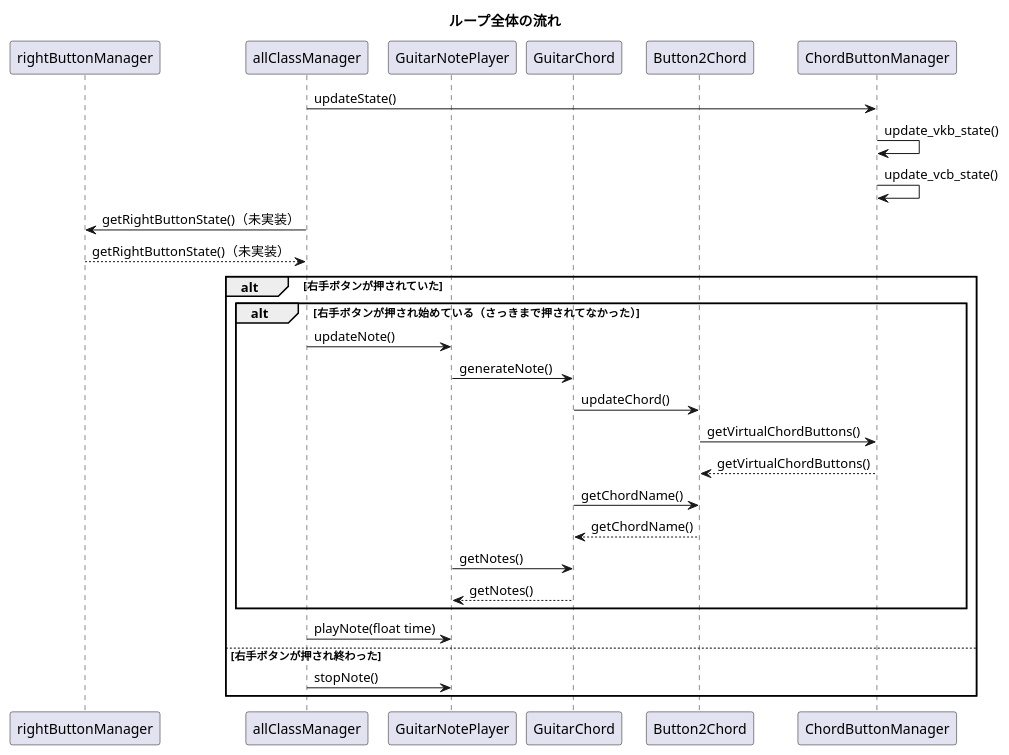
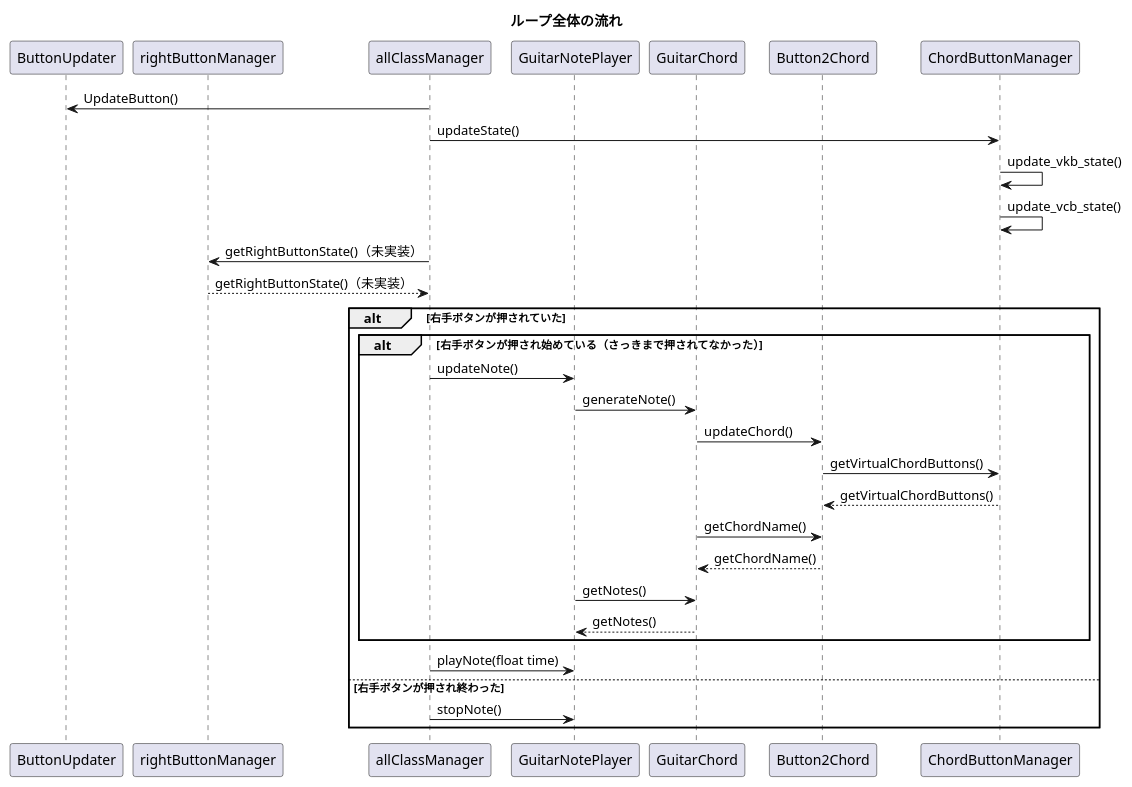
Before and after one commit to new-sato/ChordNarashi: the diagram in 資料/loopflow.pu, drawn with PlantUML. The commit also changed 11 other files, not shown here.

```diff
--- a/資料/loopflow.pu
+++ b/資料/loopflow.pu
@@ -1,34 +1,37 @@
 @startuml hoge
 title "ループ全体の流れ"
+participant ButtonUpdater
 participant rightButtonManager
 participant allClassManager
 participant GuitarNotePlayer
 participant GuitarChord
 participant Button2Chord
 participant ChordButtonManager
+
+allClassManager -> ButtonUpdater: UpdateButton()
 
 allClassManager -> ChordButtonManager: updateState()
 ChordButtonManager -> ChordButtonManager: update_vkb_state()
 ChordButtonManager -> ChordButtonManager: update_vcb_state()
 
 allClassManager -> rightButtonManager: getRightButtonState()（未実装）
 
 allClassManager <-- rightButtonManager: getRightButtonState()（未実装）
 alt 右手ボタンが押されていた
     alt 右手ボタンが押され始めている（さっきまで押されてなかった）
         allClassManager -> GuitarNotePlayer: updateNote()
         GuitarNotePlayer -> GuitarChord : generateNote()
         GuitarChord -> Button2Chord : updateChord()
         Button2Chord -> ChordButtonManager: getVirtualChordButtons()
         Button2Chord <--ChordButtonManager : getVirtualChordButtons()
         GuitarChord -> Button2Chord: getChordName()
         GuitarChord <-- Button2Chord: getChordName()
         GuitarNotePlayer -> GuitarChord : getNotes()
         GuitarNotePlayer <-- GuitarChord : getNotes()
     end
         allClassManager -> GuitarNotePlayer : playNote(float time)
 else 右手ボタンが押され終わった
     allClassManager -> GuitarNotePlayer: stopNote()
 end
 
 @enduml
```
